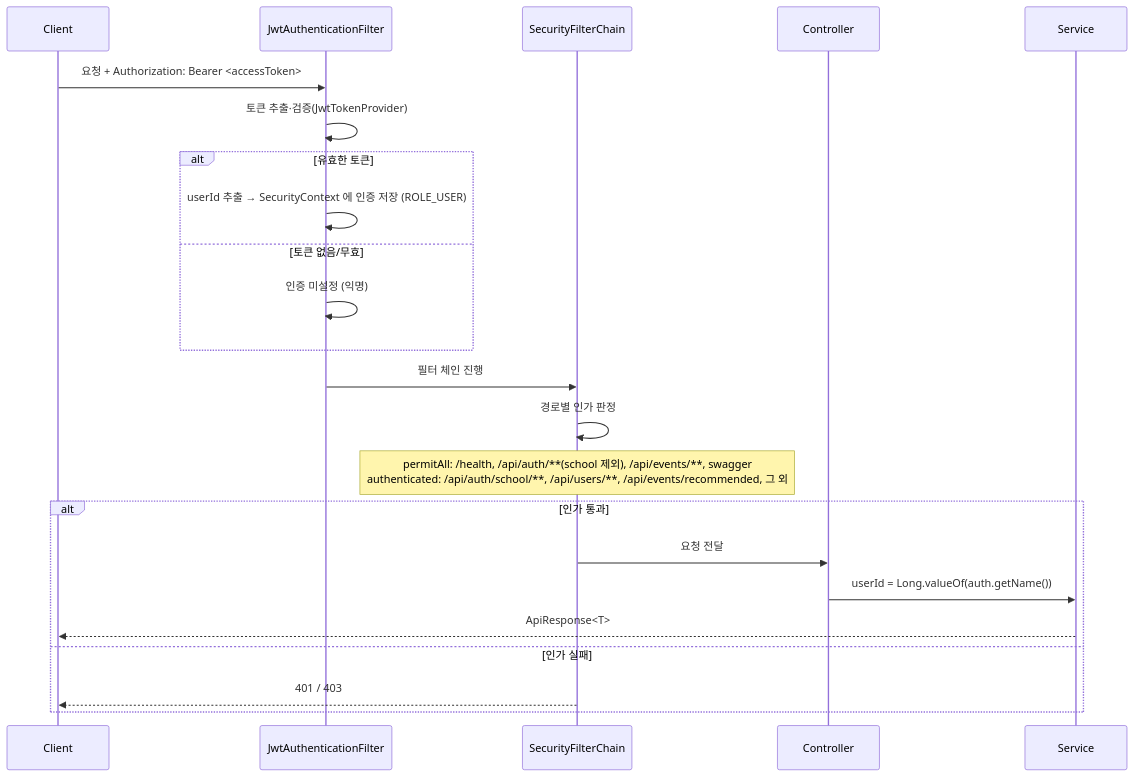
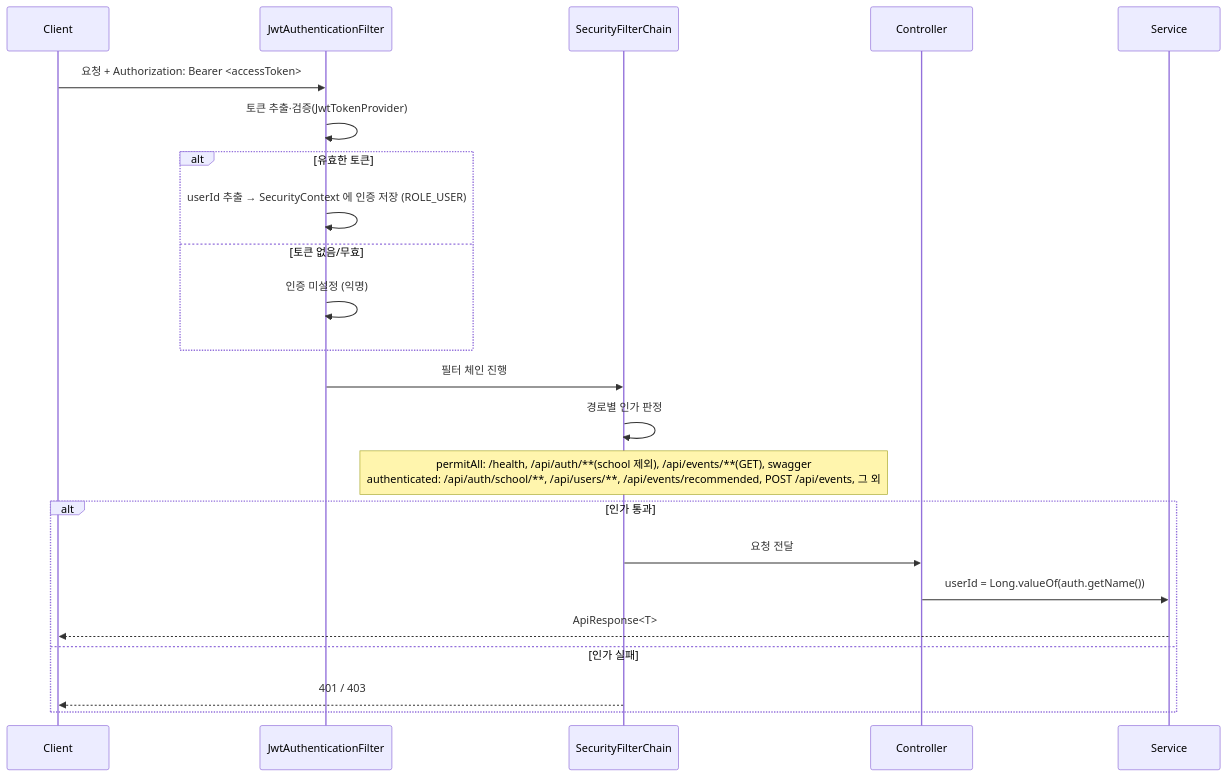
Before and after one commit to eagleindesert/mateon-backend: the third of 8 diagrams in docs/architecture.md, drawn with Mermaid. The commit also changed other lines of this file and 12 other files, not shown here.

````diff
--- a/docs/architecture.md
+++ b/docs/architecture.md
@@ -130,26 +130,26 @@
 ```mermaid
 sequenceDiagram
     participant C as Client
     participant F as JwtAuthenticationFilter
     participant SC as SecurityFilterChain
     participant Ctrl as Controller
     participant Svc as Service
 
     C->>F: 요청 + Authorization: Bearer <accessToken>
     F->>F: 토큰 추출·검증(JwtTokenProvider)
     alt 유효한 토큰
         F->>F: userId 추출 → SecurityContext 에 인증 저장 (ROLE_USER)
     else 토큰 없음/무효
         F->>F: 인증 미설정 (익명)
     end
     F->>SC: 필터 체인 진행
     SC->>SC: 경로별 인가 판정
-    Note over SC: permitAll: /health, /api/auth/**(school 제외), /api/events/**, swagger<br/>authenticated: /api/auth/school/**, /api/users/**, /api/events/recommended, 그 외
+    Note over SC: permitAll: /health, /api/auth/**(school 제외), /api/events/**(GET), swagger<br/>authenticated: /api/auth/school/**, /api/users/**, /api/events/recommended, POST /api/events, 그 외
     alt 인가 통과
         SC->>Ctrl: 요청 전달
         Ctrl->>Svc: userId = Long.valueOf(auth.getName())
         Svc-->>C: ApiResponse<T>
     else 인가 실패
         SC-->>C: 401 / 403
     end
 ```
````
